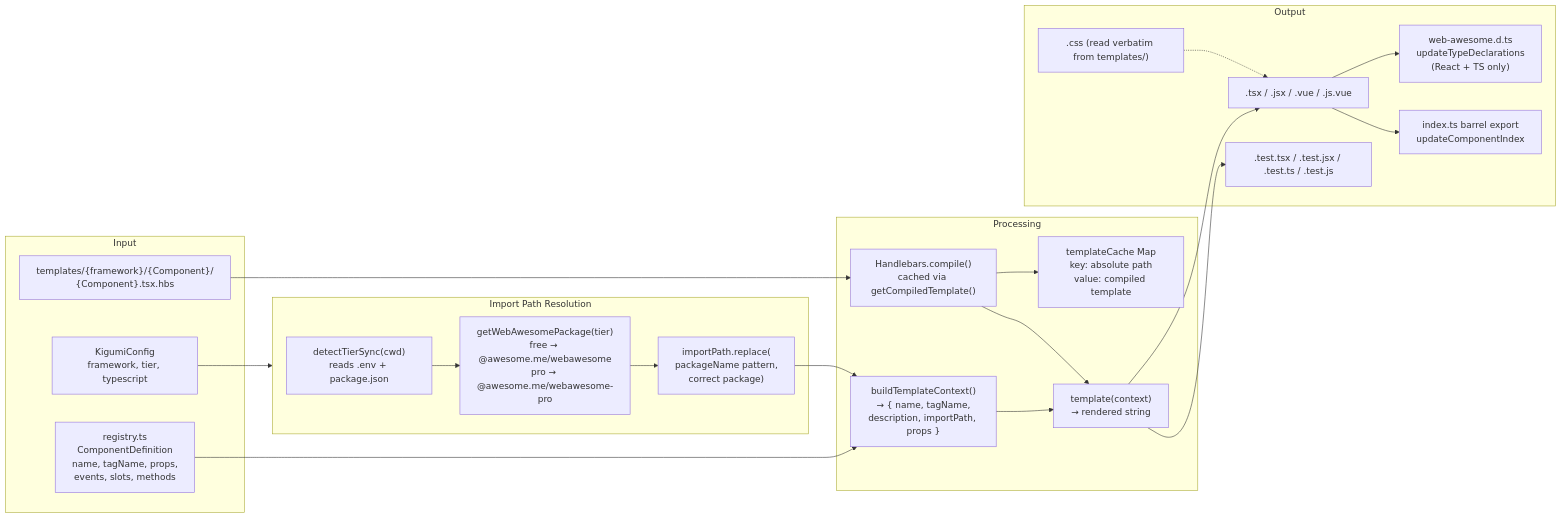
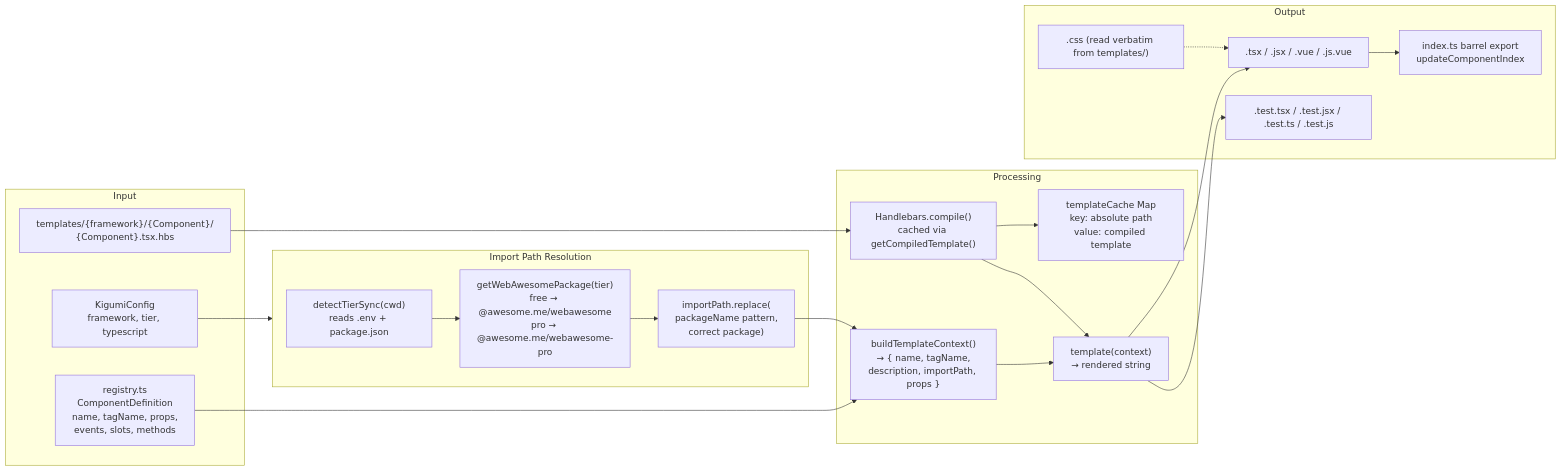
The diagram in .claude/diagrams/template-pipeline.mmd (kigumi-ui/kigumi-cli), drawn with Mermaid before and after one commit. The commit also changed 19 other files, not shown here.

First line of the commit message:
fix(types): unify React+TS wa-* declarations on vite-env.d.ts (F-030) (#116)

```diff
--- a/.claude/diagrams/template-pipeline.mmd
+++ b/.claude/diagrams/template-pipeline.mmd
@@ -1,38 +1,37 @@
 flowchart LR
     subgraph Input
         HBS["templates/{framework}/{Component}/\n{Component}.tsx.hbs"]
         REG["registry.ts\nComponentDefinition\nname, tagName, props,\nevents, slots, methods"]
         CFG["KigumiConfig\nframework, tier, typescript"]
     end
 
     subgraph TierResolution["Import Path Resolution"]
         DETECT["detectTierSync(cwd)\nreads .env + package.json"]
         PKG["getWebAwesomePackage(tier)\nfree → @awesome.me/webawesome\npro → @awesome.me/webawesome-pro"]
         REPLACE["importPath.replace(\npackageName pattern,\ncorrect package)"]
     end
 
     subgraph Processing
         CTX["buildTemplateContext()\n→ { name, tagName,\ndescription, importPath, props }"]
         CACHE["templateCache Map\nkey: absolute path\nvalue: compiled template"]
         COMPILE["Handlebars.compile()\ncached via getCompiledTemplate()"]
         RENDER["template(context)\n→ rendered string"]
     end
 
     subgraph Output
         COMP[".tsx / .jsx / .vue / .js.vue"]
         TEST[".test.tsx / .test.jsx / .test.ts / .test.js"]
         CSS[".css (read verbatim from templates/)"]
-        TYPES["web-awesome.d.ts\nupdateTypeDeclarations\n(React + TS only)"]
         INDEX["index.ts barrel export\nupdateComponentIndex"]
     end
 
     REG --> CTX
     CFG --> TierResolution
     DETECT --> PKG --> REPLACE
     REPLACE --> CTX
     CTX --> RENDER
     HBS --> COMPILE --> RENDER
     COMPILE --> CACHE
     RENDER --> COMP & TEST
     CSS -.-> COMP
-    COMP --> TYPES & INDEX
+    COMP --> INDEX
```
